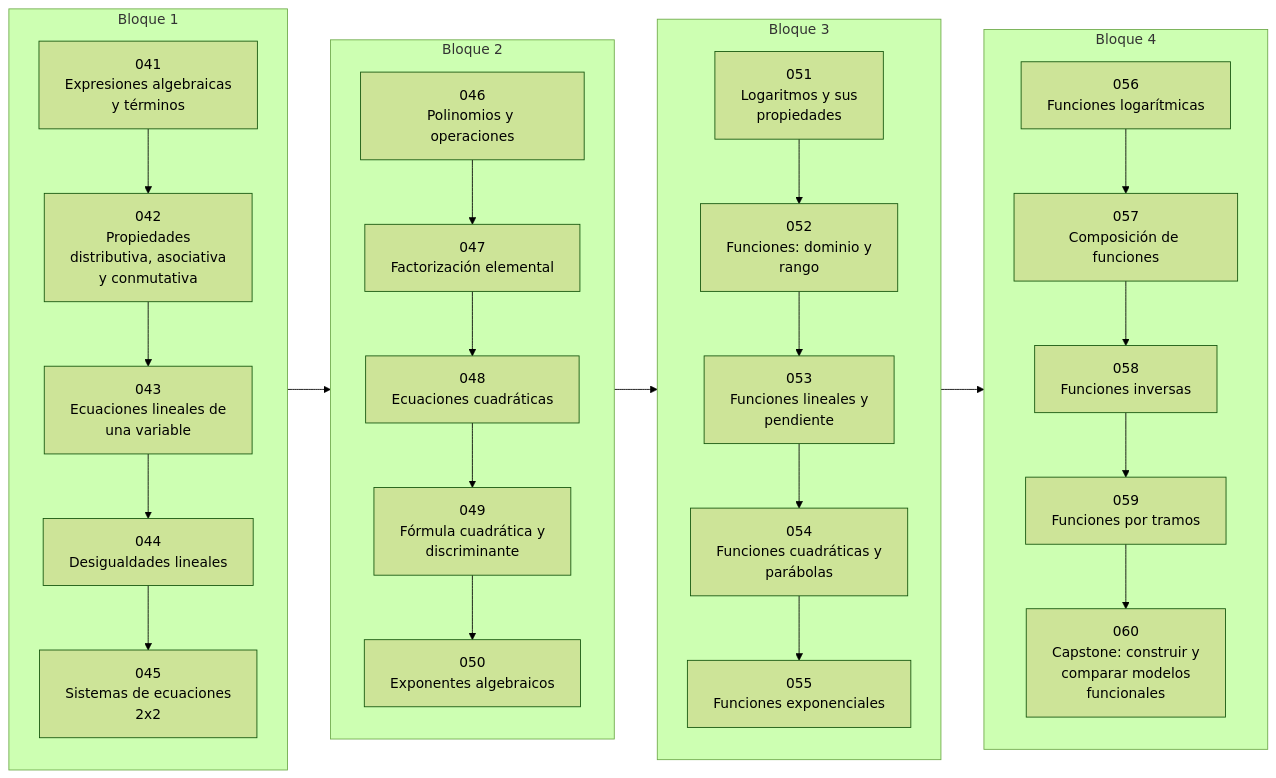
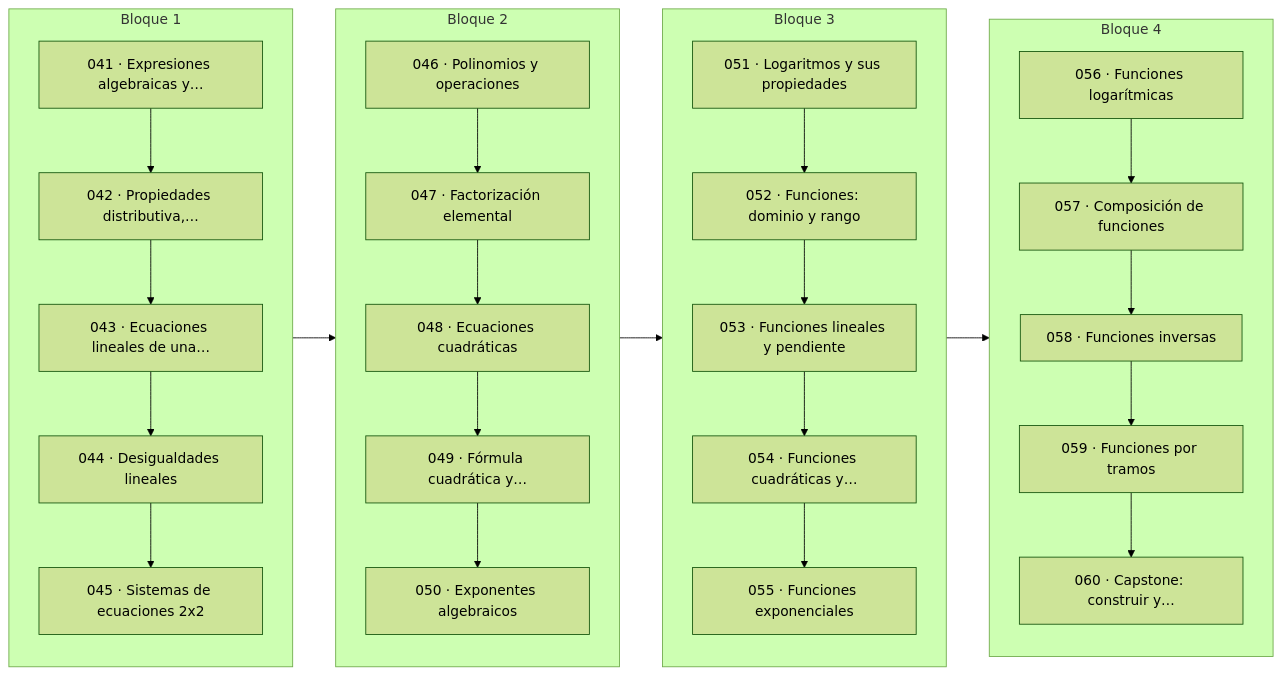
One commit to vladimiracunadev-create/computational-mathematics-program changed the second of 2 diagrams in classes/part-02-algebra-y-funciones/README.md. Above: the diagram before and after it, drawn with Mermaid (forest theme). The commit also changed other lines of this file and 389 other files, not shown here.

First line of the commit message:
fix(diagramas): elimina el HTML de las etiquetas Mermaid

````diff
--- a/classes/part-02-algebra-y-funciones/README.md
+++ b/classes/part-02-algebra-y-funciones/README.md
@@ -85,54 +85,54 @@
 ```mermaid
 flowchart LR
     subgraph B1["Bloque 1"]
         direction TB
-        L041["041<br/>Expresiones algebraicas<br/>y términos"]
-        L042["042<br/>Propiedades<br/>distributiva, asociativa<br/>y conmutativa"]
-        L043["043<br/>Ecuaciones lineales de<br/>una variable"]
-        L044["044<br/>Desigualdades lineales"]
-        L045["045<br/>Sistemas de ecuaciones<br/>2x2"]
+        L041["041 · Expresiones algebraicas y…"]
+        L042["042 · Propiedades distributiva,…"]
+        L043["043 · Ecuaciones lineales de una…"]
+        L044["044 · Desigualdades lineales"]
+        L045["045 · Sistemas de ecuaciones 2x2"]
         L041 --> L042
         L042 --> L043
         L043 --> L044
         L044 --> L045
     end
     subgraph B2["Bloque 2"]
         direction TB
-        L046["046<br/>Polinomios y operaciones"]
-        L047["047<br/>Factorización elemental"]
-        L048["048<br/>Ecuaciones cuadráticas"]
-        L049["049<br/>Fórmula cuadrática y<br/>discriminante"]
-        L050["050<br/>Exponentes algebraicos"]
+        L046["046 · Polinomios y operaciones"]
+        L047["047 · Factorización elemental"]
+        L048["048 · Ecuaciones cuadráticas"]
+        L049["049 · Fórmula cuadrática y…"]
+        L050["050 · Exponentes algebraicos"]
         L046 --> L047
         L047 --> L048
         L048 --> L049
         L049 --> L050
     end
     subgraph B3["Bloque 3"]
         direction TB
-        L051["051<br/>Logaritmos y sus<br/>propiedades"]
-        L052["052<br/>Funciones: dominio y<br/>rango"]
-        L053["053<br/>Funciones lineales y<br/>pendiente"]
-        L054["054<br/>Funciones cuadráticas y<br/>parábolas"]
-        L055["055<br/>Funciones exponenciales"]
+        L051["051 · Logaritmos y sus propiedades"]
+        L052["052 · Funciones: dominio y rango"]
+        L053["053 · Funciones lineales y pendiente"]
+        L054["054 · Funciones cuadráticas y…"]
+        L055["055 · Funciones exponenciales"]
         L051 --> L052
         L052 --> L053
         L053 --> L054
         L054 --> L055
     end
     subgraph B4["Bloque 4"]
         direction TB
-        L056["056<br/>Funciones logarítmicas"]
-        L057["057<br/>Composición de funciones"]
-        L058["058<br/>Funciones inversas"]
-        L059["059<br/>Funciones por tramos"]
-        L060["060<br/>Capstone: construir y<br/>comparar modelos<br/>funcionales"]
+        L056["056 · Funciones logarítmicas"]
+        L057["057 · Composición de funciones"]
+        L058["058 · Funciones inversas"]
+        L059["059 · Funciones por tramos"]
+        L060["060 · Capstone: construir y…"]
         L056 --> L057
         L057 --> L058
         L058 --> L059
         L059 --> L060
     end
     L045 --> L046
     L050 --> L051
     L055 --> L056
 ```
````
